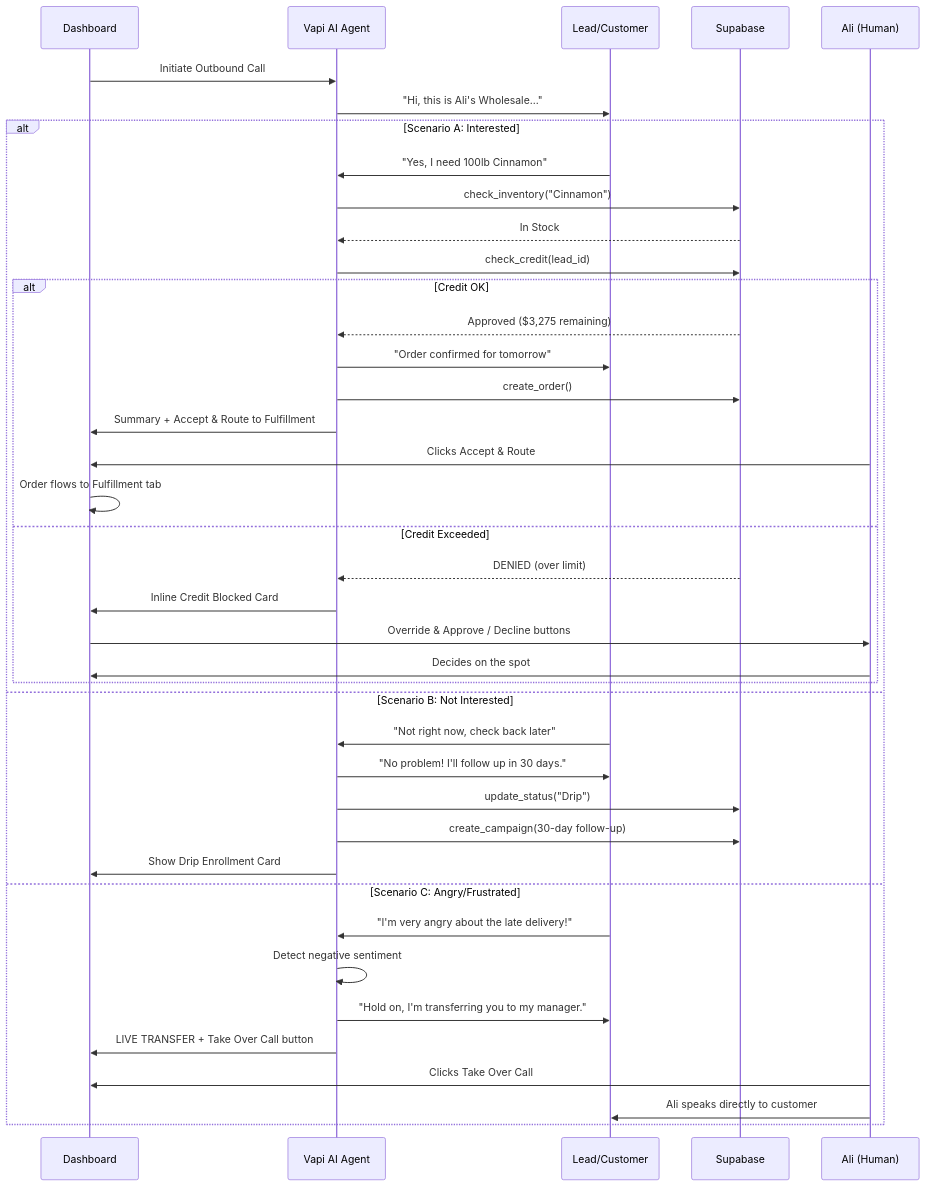
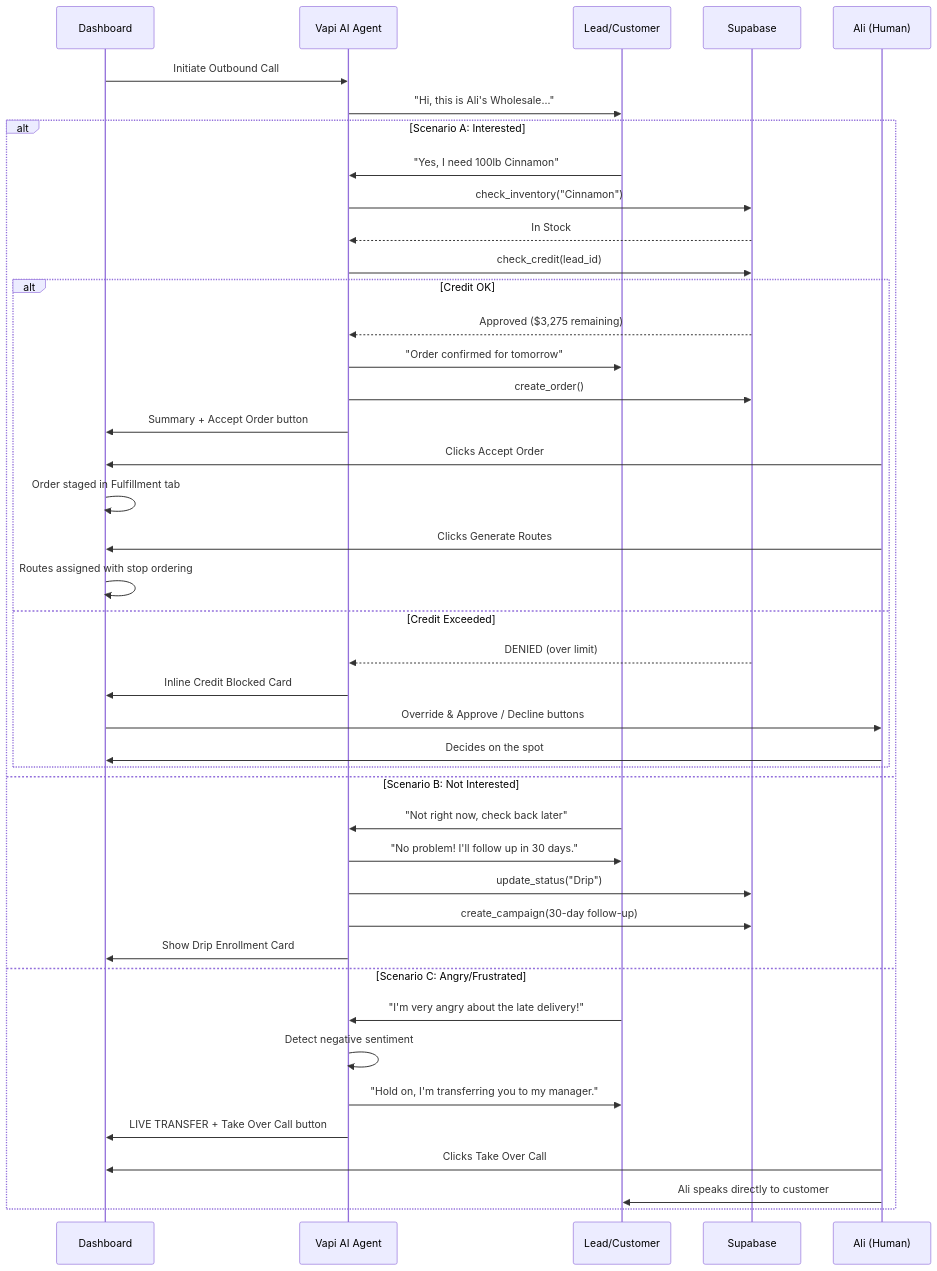
The diagram in docs/diagrams/03_call_workflow.mmd (sk6786/AliWholesaleSaas), drawn with Mermaid before and after one commit. The commit also changed 8 other files, not shown here.

First line of the commit message:
Update all docs and diagrams: staged fulfillment, Generate Routes, two-panel layout

```diff
--- a/docs/diagrams/03_call_workflow.mmd
+++ b/docs/diagrams/03_call_workflow.mmd
@@ -1,42 +1,44 @@
 sequenceDiagram
     participant D as Dashboard
     participant V as Vapi AI Agent
     participant L as Lead/Customer
     participant DB as Supabase
     participant A as Ali (Human)
 
     D->>V: Initiate Outbound Call
     V->>L: "Hi, this is Ali's Wholesale..."
     
     alt Scenario A: Interested
         L->>V: "Yes, I need 100lb Cinnamon"
         V->>DB: check_inventory("Cinnamon")
         DB-->>V: In Stock
         V->>DB: check_credit(lead_id)
         alt Credit OK
             DB-->>V: Approved ($3,275 remaining)
             V->>L: "Order confirmed for tomorrow"
             V->>DB: create_order()
-            V->>D: Summary + Accept & Route to Fulfillment
-            A->>D: Clicks Accept & Route
-            D->>D: Order flows to Fulfillment tab
+            V->>D: Summary + Accept Order button
+            A->>D: Clicks Accept Order
+            D->>D: Order staged in Fulfillment tab
+            A->>D: Clicks Generate Routes
+            D->>D: Routes assigned with stop ordering
         else Credit Exceeded
             DB-->>V: DENIED (over limit)
             V->>D: Inline Credit Blocked Card
             D->>A: Override & Approve / Decline buttons
             A->>D: Decides on the spot
         end
     else Scenario B: Not Interested
         L->>V: "Not right now, check back later"
         V->>L: "No problem! I'll follow up in 30 days."
         V->>DB: update_status("Drip")
         V->>DB: create_campaign(30-day follow-up)
         V->>D: Show Drip Enrollment Card
     else Scenario C: Angry/Frustrated
         L->>V: "I'm very angry about the late delivery!"
         V->>V: Detect negative sentiment
         V->>L: "Hold on, I'm transferring you to my manager."
         V->>D: LIVE TRANSFER + Take Over Call button
         A->>D: Clicks Take Over Call
         A->>L: Ali speaks directly to customer
     end
```
